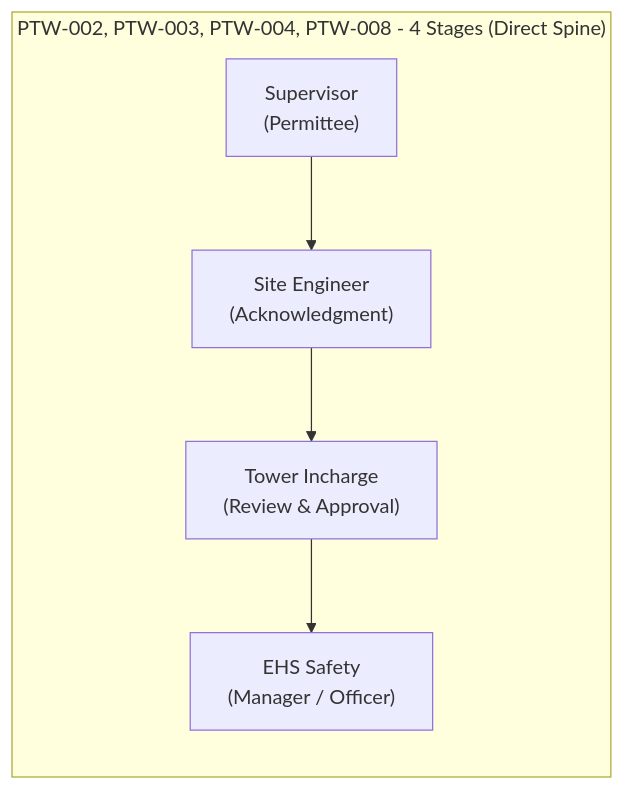
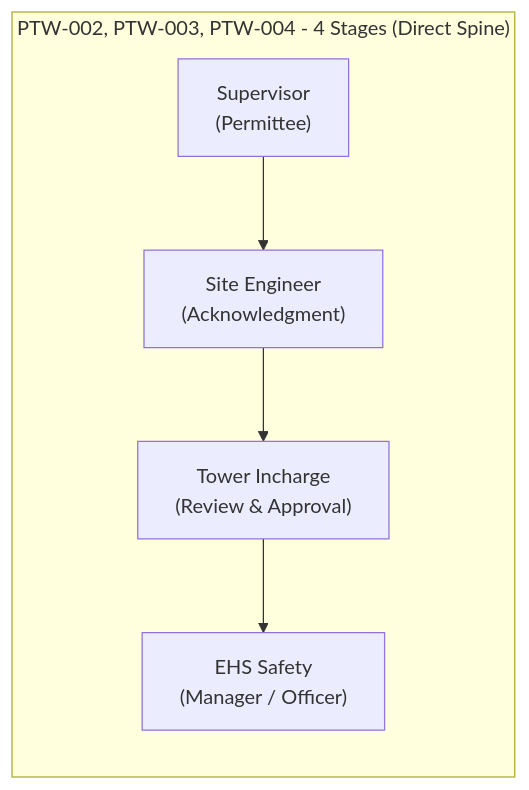
The fifth of 32 diagrams in README.md (AuroGroupAutomationBot/ARPL-EHS-Demo), drawn with Mermaid before and after one commit. The commit also changed other lines of this file, not shown here.

````diff
--- a/README.md
+++ b/README.md
@@ -431,8 +432,8 @@
 ```mermaid
 graph LR
-    subgraph "PTW-002, PTW-003, PTW-004, PTW-008 - 4 Stages (Direct Spine)"
+    subgraph "PTW-002, PTW-003, PTW-004 - 4 Stages (Direct Spine)"
         H1["Supervisor<br/>(Permittee)"] --> H2["Site Engineer<br/>(Acknowledgment)"]
         H2 --> H3["Tower Incharge<br/>(Review & Approval)"]
         H3 --> H4["EHS Safety<br/>(Manager / Officer)"]
     end
 ```
````
